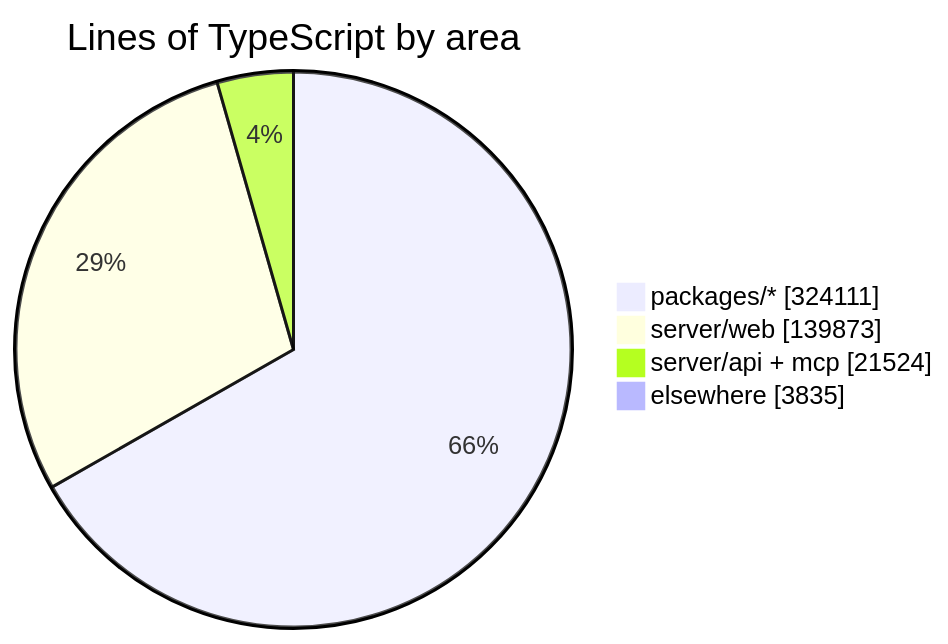
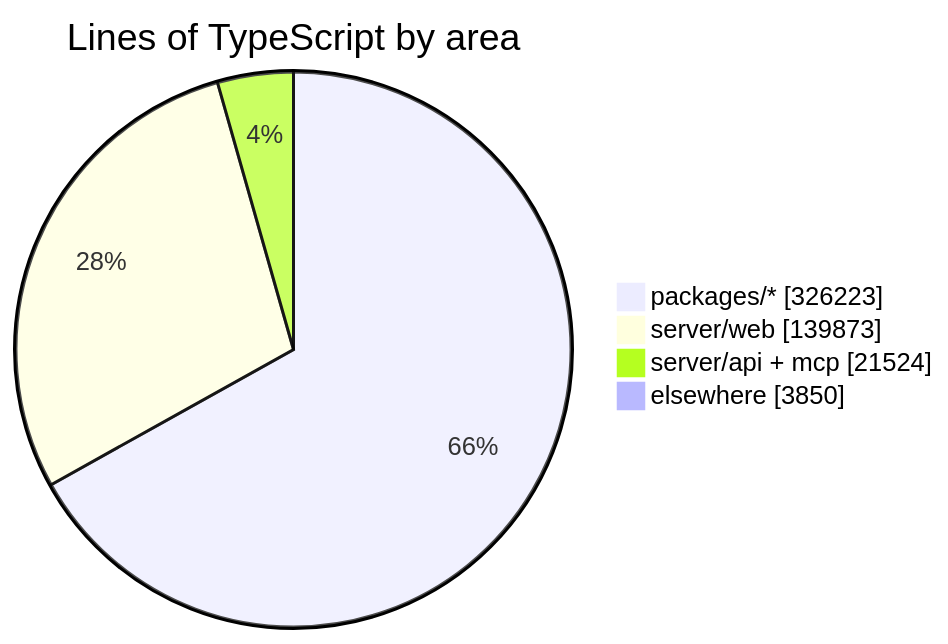
One commit to crossworks-engineering/mantle changed the diagram in README.md. Above: the diagram before and after it, drawn with Mermaid. The commit also changed other lines of this file and 2 other files, not shown here.

````diff
--- a/README.md
+++ b/README.md
@@ -294,7 +294,7 @@
 ```mermaid
 pie showData title Lines of TypeScript by area
-    "packages/*" : 324111
+    "packages/*" : 326223
     "server/web" : 139873
     "server/api + mcp" : 21524
-    "elsewhere" : 3835
+    "elsewhere" : 3850
 ```
````
